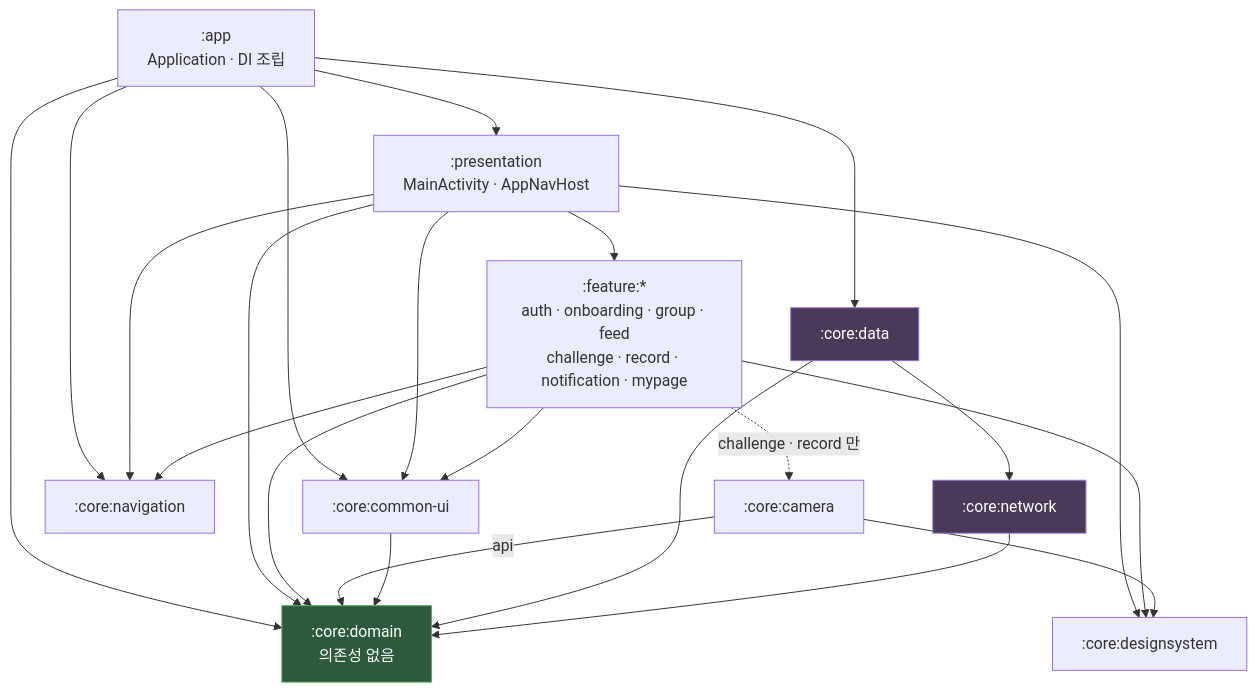
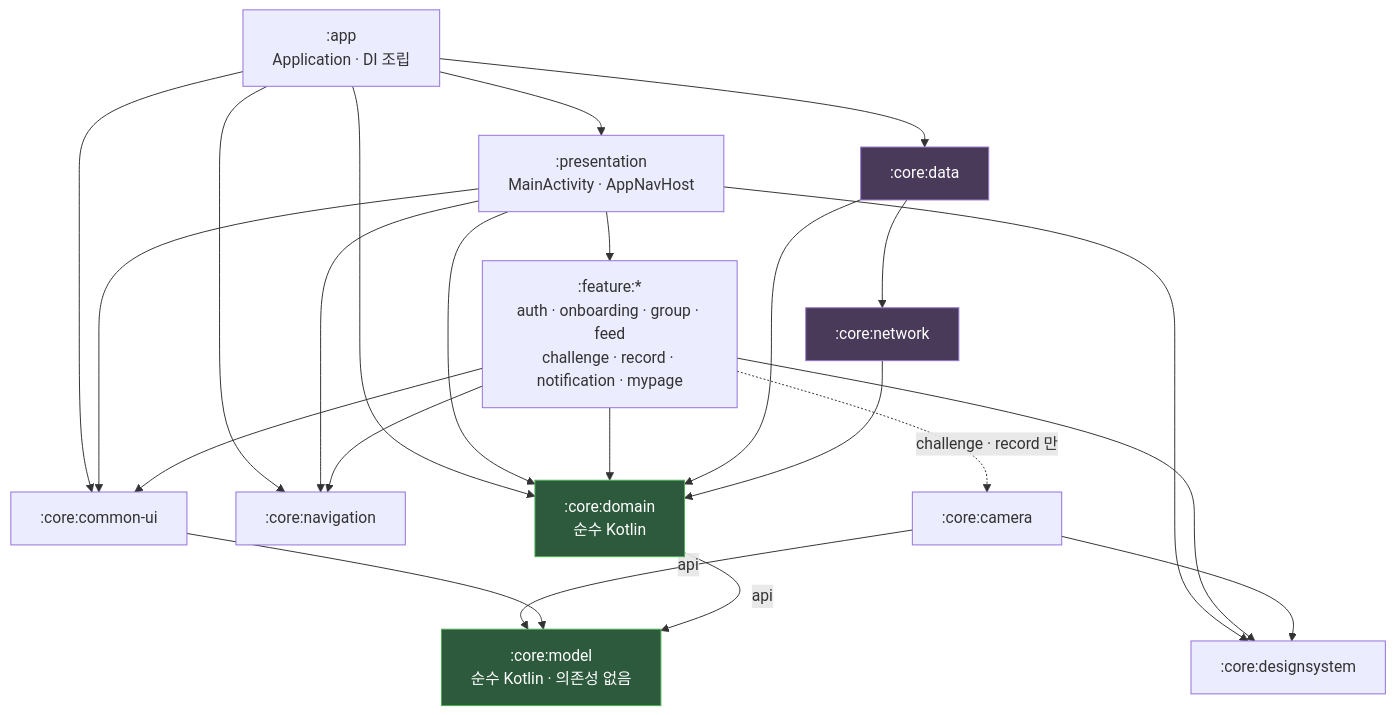
Before and after one commit to Central-MakeUs/mody-android: the diagram in README.md, drawn with Mermaid. The commit also changed other lines of this file and 115 other files, not shown here.

First line of the commit message:
refactor(model): 값 타입을 :core:model 로 떼고 domain 을 순수 Kotlin 으로 돌린다

````diff
--- a/README.md
+++ b/README.md
@@ -86,45 +88,48 @@
 ```mermaid
 graph TD
     app[":app<br/>Application · DI 조립"]
     pres[":presentation<br/>MainActivity · AppNavHost"]
     feat[":feature:*<br/>auth · onboarding · group · feed<br/>challenge · record · notification · mypage"]
 
     cui[":core:common-ui"]
     ds[":core:designsystem"]
     nav[":core:navigation"]
     cam[":core:camera"]
-    dom[":core:domain<br/>의존성 없음"]
+    model[":core:model<br/>순수 Kotlin · 의존성 없음"]
+    dom[":core:domain<br/>순수 Kotlin"]
     data[":core:data"]
     net[":core:network"]
 
     app --> pres
     app --> data
     app --> cui
     app --> nav
     app --> dom
     pres --> feat
     pres --> cui
     pres --> ds
     pres --> nav
     pres --> dom
 
     feat --> cui
     feat --> ds
     feat --> nav
     feat --> dom
     feat -. "challenge · record 만" .-> cam
 
     cam --> ds
-    cam -- "api" --> dom
+    cam -- "api" --> model
 
-    cui --> dom
+    cui --> model
+
+    dom -- "api" --> model
 
     data --> dom
     data --> net
     net --> dom
 
     classDef domain fill:#2d5a3d,stroke:#4caf50,color:#fff
     classDef impl fill:#4a3a5a,stroke:#9575cd,color:#fff
-    class dom domain
+    class dom,model domain
     class data,net impl
 ```
````
